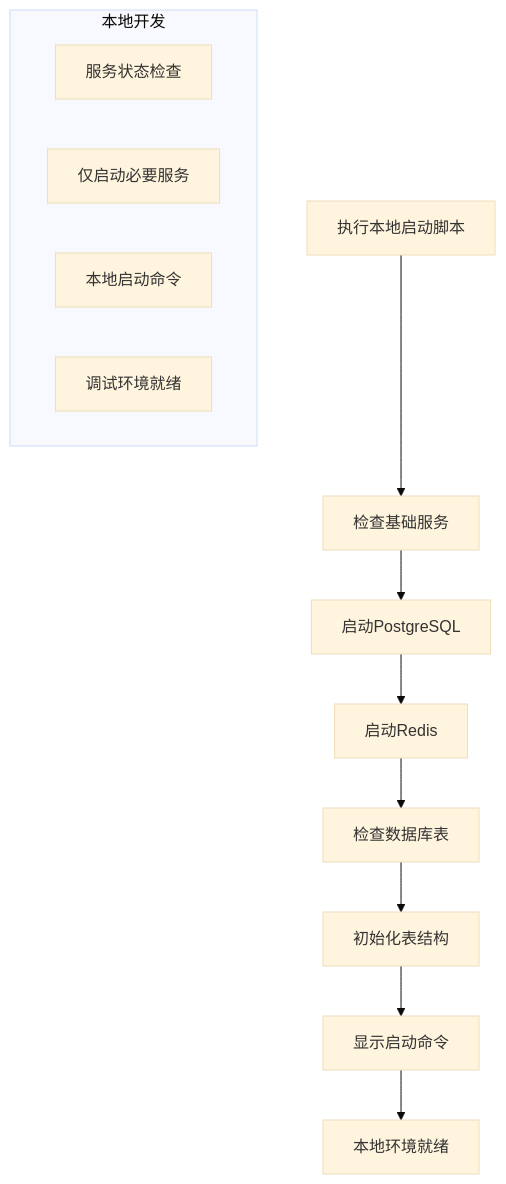
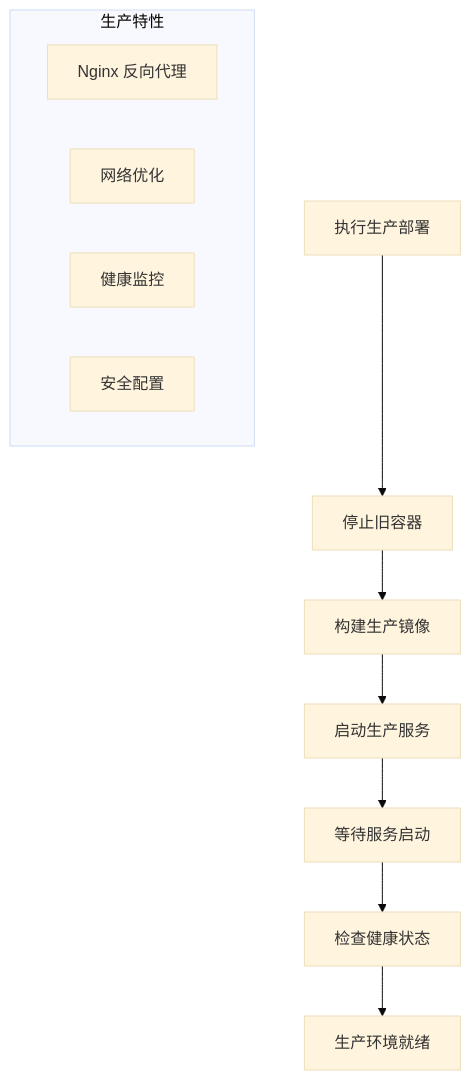
Diagram 11 of 14 in .qoder/repowiki/zh/content/Docker Deployment.md (xfbyxq/ai-novel-system), drawn with Mermaid (base theme) before and after one commit. The commit also changed other lines of this file and 8 other files, not shown here.

````diff
--- a/.qoder/repowiki/zh/content/Docker Deployment.md
+++ b/.qoder/repowiki/zh/content/Docker Deployment.md
@@ -414,16 +498,15 @@
 ```mermaid
 flowchart TD
-START[执行本地启动脚本] --> CHECK_SERVICES[检查基础服务]
-CHECK_SERVICES --> START_POSTGRES[启动PostgreSQL]
-START_POSTGRES --> START_REDIS[启动Redis]
-START_REDIS --> CHECK_TABLES[检查数据库表]
-CHECK_TABLES --> INIT_TABLES[初始化表结构]
-INIT_TABLES --> SHOW_COMMANDS[显示启动命令]
-SHOW_COMMANDS --> DONE[本地环境就绪]
-subgraph "本地开发"
-SERVICE_CHECK[服务状态检查]
-DOCKER_ONLY[仅启动必要服务]
-LOCAL_COMMANDS[本地启动命令]
-DEBUG_READY[调试环境就绪]
+START[执行生产部署] --> STOP_OLD[停止旧容器]
+STOP_OLD --> BUILD_IMAGES[构建生产镜像]
+BUILD_IMAGES --> START_SERVICES[启动生产服务]
+START_SERVICES --> WAIT[等待服务启动]
+WAIT --> CHECK_HEALTH[检查健康状态]
+CHECK_HEALTH --> PROD_READY[生产环境就绪]
+subgraph "生产特性"
+NGINX_PROXY[Nginx 反向代理]
+NETWORK_OPTIMIZATION[网络优化]
+HEALTH_MONITORING[健康监控]
+SECURITY_CONFIG[安全配置]
 end
 ```
````
